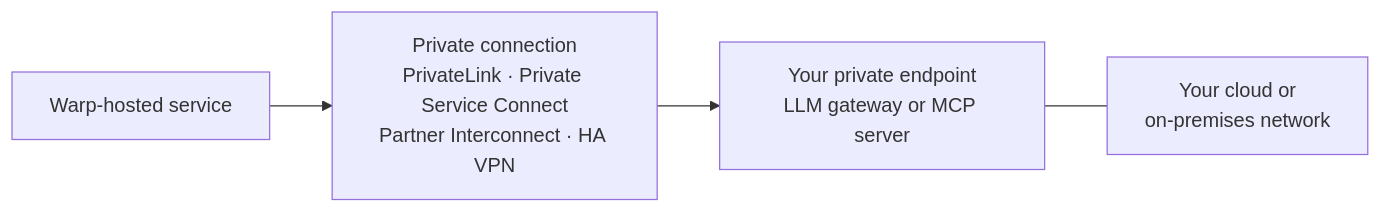
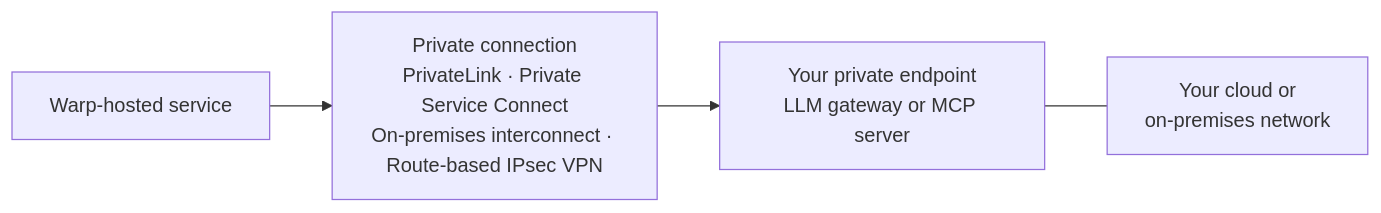
The diagram in src/content/docs/enterprise/enterprise-features/private-networking.mdx (warpdotdev/docs), drawn with Mermaid before and after one commit. The commit also changed other lines of this file and 1 other file, not shown here.

Commit message:
docs: address private networking review

````diff
--- a/src/content/docs/enterprise/enterprise-features/private-networking.mdx
+++ b/src/content/docs/enterprise/enterprise-features/private-networking.mdx
@@ -27,10 +27,10 @@
 ```mermaid
 flowchart LR
   W["Warp-hosted service"]
-  C["Private connection<br/>PrivateLink · Private Service Connect<br/>Partner Interconnect · HA VPN"]
+  C["Private connection<br/>PrivateLink · Private Service Connect<br/>On-premises interconnect · Route-based IPsec VPN"]
   E["Your private endpoint<br/>LLM gateway or MCP server"]
   N["Your cloud or<br/>on-premises network"]
 
   W --> C --> E
   E --- N
 ```
````
